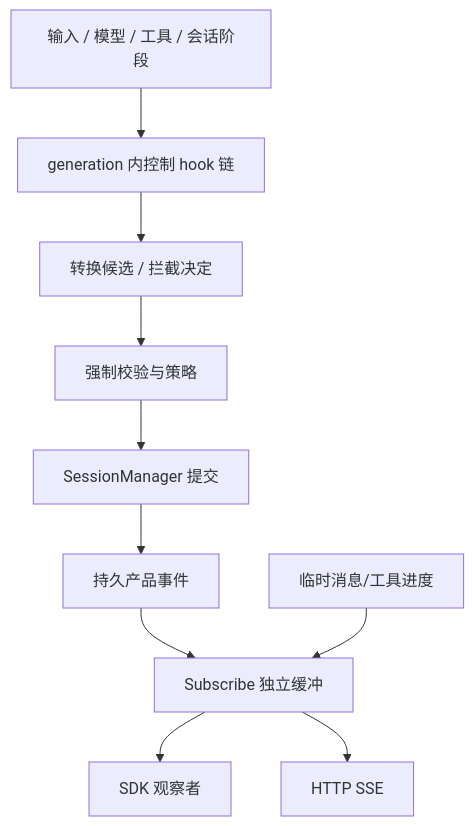
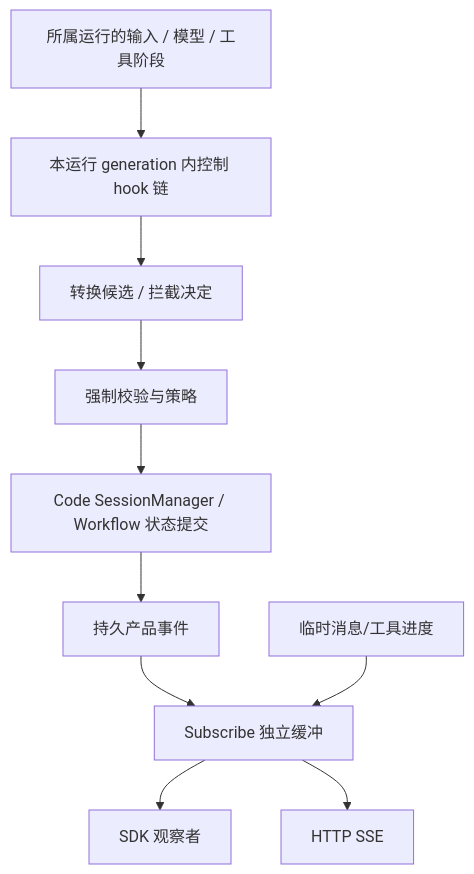
The first of 2 diagrams in docs/pi-eino-dev-plan/06-events-and-api.md (ww1489/seasprak), drawn with Mermaid before and after one commit. The commit also changed other lines of this file and 904 other files, not shown here.

````diff
--- a/docs/pi-eino-dev-plan/06-events-and-api.md
+++ b/docs/pi-eino-dev-plan/06-events-and-api.md
@@ -19,12 +19,12 @@
 ```mermaid
 flowchart TB
-    Stage["输入 / 模型 / 工具 / 会话阶段"] --> Hook["generation 内控制 hook 链"]
+    Stage["所属运行的输入 / 模型 / 工具阶段"] --> Hook["本运行 generation 内控制 hook 链"]
     Hook --> Decide["转换候选 / 拦截决定"]
     Decide --> Validate["强制校验与策略"]
-    Validate --> Commit["SessionManager 提交"]
+    Validate --> Commit["Code SessionManager / Workflow 状态提交"]
     Commit --> Facts["持久产品事件"]
     Facts --> Sub["Subscribe 独立缓冲"]
     Sub --> SDK["SDK 观察者"]
     Sub --> SSE["HTTP SSE"]
     Delta["临时消息/工具进度"] --> Sub
 ```
````
